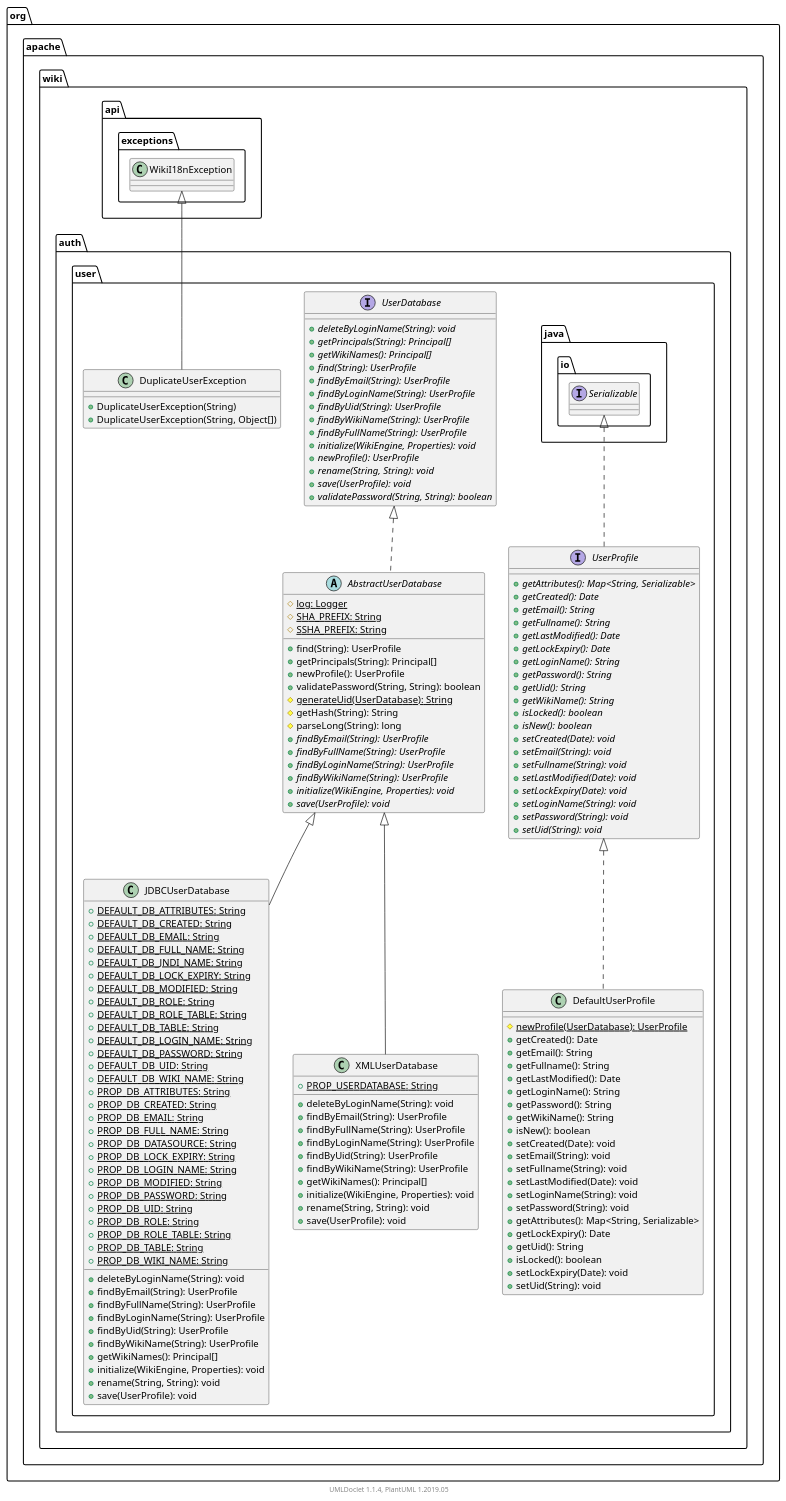
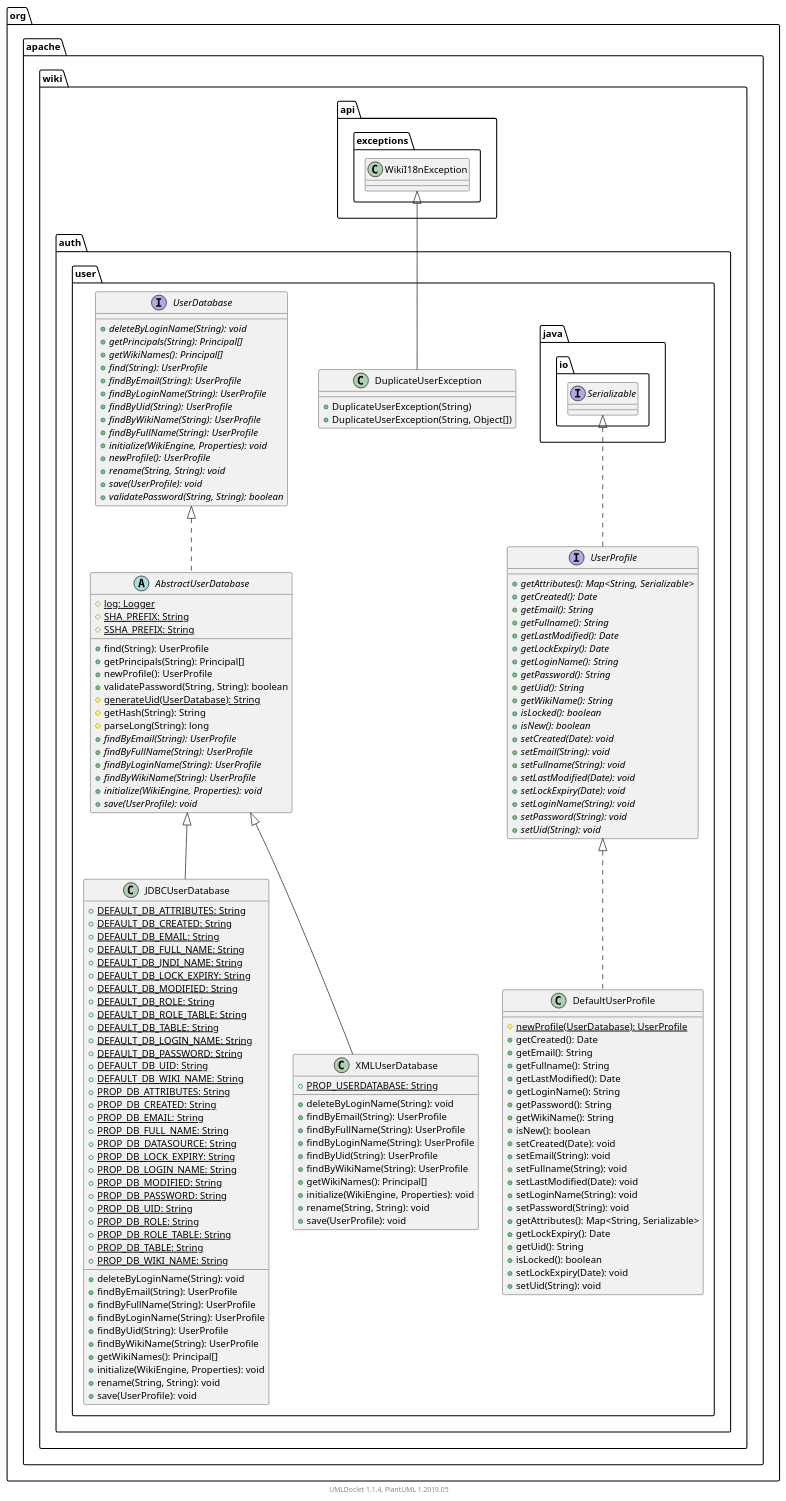
Before and after one commit to apache/jspwiki-site: the diagram in apidocs/2.11.0.M7-SNAPSHOT/org/apache/wiki/auth/user/package.puml, drawn with PlantUML. The commit also changed other lines of this file and 1626 other files, not shown here.

```diff
--- a/apidocs/2.11.0.M7-SNAPSHOT/org/apache/wiki/auth/user/package.puml
+++ b/apidocs/2.11.0.M7-SNAPSHOT/org/apache/wiki/auth/user/package.puml
@@ -1,166 +1,166 @@
 @startuml
 
     namespace org.apache.wiki.auth.user {
 
-        interface UserProfile [[UserProfile.html]] {
-            {abstract} +getAttributes(): Map<String, Serializable>
-            {abstract} +getCreated(): Date
-            {abstract} +getEmail(): String
-            {abstract} +getFullname(): String
-            {abstract} +getLastModified(): Date
-            {abstract} +getLockExpiry(): Date
-            {abstract} +getLoginName(): String
-            {abstract} +getPassword(): String
-            {abstract} +getUid(): String
-            {abstract} +getWikiName(): String
-            {abstract} +isLocked(): boolean
-            {abstract} +isNew(): boolean
-            {abstract} +setCreated(Date): void
-            {abstract} +setEmail(String): void
-            {abstract} +setFullname(String): void
-            {abstract} +setLastModified(Date): void
-            {abstract} +setLockExpiry(Date): void
-            {abstract} +setLoginName(String): void
-            {abstract} +setPassword(String): void
-            {abstract} +setUid(String): void
-        }
-
-        interface UserDatabase [[UserDatabase.html]] {
-            {abstract} +deleteByLoginName(String): void
-            {abstract} +getPrincipals(String): Principal[]
-            {abstract} +getWikiNames(): Principal[]
-            {abstract} +find(String): UserProfile
+        abstract class AbstractUserDatabase [[AbstractUserDatabase.html]] {
+            {static} #log: Logger
+            {static} #SHA_PREFIX: String
+            {static} #SSHA_PREFIX: String
+            +find(String): UserProfile
+            +getPrincipals(String): Principal[]
+            +newProfile(): UserProfile
+            +validatePassword(String, String): boolean
+            {static} #generateUid(UserDatabase): String
+            #getHash(String): String
+            #parseLong(String): long
             {abstract} +findByEmail(String): UserProfile
+            {abstract} +findByFullName(String): UserProfile
             {abstract} +findByLoginName(String): UserProfile
-            {abstract} +findByUid(String): UserProfile
             {abstract} +findByWikiName(String): UserProfile
-            {abstract} +findByFullName(String): UserProfile
             {abstract} +initialize(WikiEngine, Properties): void
-            {abstract} +newProfile(): UserProfile
-            {abstract} +rename(String, String): void
             {abstract} +save(UserProfile): void
-            {abstract} +validatePassword(String, String): boolean
         }
 
         class DefaultUserProfile [[DefaultUserProfile.html]] {
             {static} #newProfile(UserDatabase): UserProfile
             +getCreated(): Date
             +getEmail(): String
             +getFullname(): String
             +getLastModified(): Date
             +getLoginName(): String
             +getPassword(): String
             +getWikiName(): String
             +isNew(): boolean
             +setCreated(Date): void
             +setEmail(String): void
             +setFullname(String): void
             +setLastModified(Date): void
             +setLoginName(String): void
             +setPassword(String): void
             +getAttributes(): Map<String, Serializable>
             +getLockExpiry(): Date
             +getUid(): String
             +isLocked(): boolean
             +setLockExpiry(Date): void
             +setUid(String): void
         }
 
-        abstract class AbstractUserDatabase [[AbstractUserDatabase.html]] {
-            {static} #log: Logger
-            {static} #SHA_PREFIX: String
-            {static} #SSHA_PREFIX: String
-            +find(String): UserProfile
-            +getPrincipals(String): Principal[]
-            +newProfile(): UserProfile
-            +validatePassword(String, String): boolean
-            {static} #generateUid(UserDatabase): String
-            #getHash(String): String
-            #parseLong(String): long
-            {abstract} +findByEmail(String): UserProfile
-            {abstract} +findByFullName(String): UserProfile
-            {abstract} +findByLoginName(String): UserProfile
-            {abstract} +findByWikiName(String): UserProfile
-            {abstract} +initialize(WikiEngine, Properties): void
-            {abstract} +save(UserProfile): void
+        class DuplicateUserException [[DuplicateUserException.html]] {
+            +DuplicateUserException(String)
+            +DuplicateUserException(String, Object[])
         }
 
         class JDBCUserDatabase [[JDBCUserDatabase.html]] {
             {static} +DEFAULT_DB_ATTRIBUTES: String
             {static} +DEFAULT_DB_CREATED: String
             {static} +DEFAULT_DB_EMAIL: String
             {static} +DEFAULT_DB_FULL_NAME: String
             {static} +DEFAULT_DB_JNDI_NAME: String
             {static} +DEFAULT_DB_LOCK_EXPIRY: String
             {static} +DEFAULT_DB_MODIFIED: String
             {static} +DEFAULT_DB_ROLE: String
             {static} +DEFAULT_DB_ROLE_TABLE: String
             {static} +DEFAULT_DB_TABLE: String
             {static} +DEFAULT_DB_LOGIN_NAME: String
             {static} +DEFAULT_DB_PASSWORD: String
             {static} +DEFAULT_DB_UID: String
             {static} +DEFAULT_DB_WIKI_NAME: String
             {static} +PROP_DB_ATTRIBUTES: String
             {static} +PROP_DB_CREATED: String
             {static} +PROP_DB_EMAIL: String
             {static} +PROP_DB_FULL_NAME: String
             {static} +PROP_DB_DATASOURCE: String
             {static} +PROP_DB_LOCK_EXPIRY: String
             {static} +PROP_DB_LOGIN_NAME: String
             {static} +PROP_DB_MODIFIED: String
             {static} +PROP_DB_PASSWORD: String
             {static} +PROP_DB_UID: String
             {static} +PROP_DB_ROLE: String
             {static} +PROP_DB_ROLE_TABLE: String
             {static} +PROP_DB_TABLE: String
             {static} +PROP_DB_WIKI_NAME: String
             +deleteByLoginName(String): void
             +findByEmail(String): UserProfile
             +findByFullName(String): UserProfile
             +findByLoginName(String): UserProfile
             +findByUid(String): UserProfile
             +findByWikiName(String): UserProfile
             +getWikiNames(): Principal[]
             +initialize(WikiEngine, Properties): void
             +rename(String, String): void
             +save(UserProfile): void
         }
 
-        class DuplicateUserException [[DuplicateUserException.html]] {
-            +DuplicateUserException(String)
-            +DuplicateUserException(String, Object[])
-        }
-
         class XMLUserDatabase [[XMLUserDatabase.html]] {
             {static} +PROP_USERDATABASE: String
             +deleteByLoginName(String): void
             +findByEmail(String): UserProfile
             +findByFullName(String): UserProfile
             +findByLoginName(String): UserProfile
             +findByUid(String): UserProfile
             +findByWikiName(String): UserProfile
             +getWikiNames(): Principal[]
             +initialize(WikiEngine, Properties): void
             +rename(String, String): void
             +save(UserProfile): void
         }
 
-        interface java.io.Serializable
-        java.io.Serializable <|.. UserProfile
+        interface UserDatabase [[UserDatabase.html]] {
+            {abstract} +deleteByLoginName(String): void
+            {abstract} +getPrincipals(String): Principal[]
+            {abstract} +getWikiNames(): Principal[]
+            {abstract} +find(String): UserProfile
+            {abstract} +findByEmail(String): UserProfile
+            {abstract} +findByLoginName(String): UserProfile
+            {abstract} +findByUid(String): UserProfile
+            {abstract} +findByWikiName(String): UserProfile
+            {abstract} +findByFullName(String): UserProfile
+            {abstract} +initialize(WikiEngine, Properties): void
+            {abstract} +newProfile(): UserProfile
+            {abstract} +rename(String, String): void
+            {abstract} +save(UserProfile): void
+            {abstract} +validatePassword(String, String): boolean
+        }
 
-        UserProfile <|.. DefaultUserProfile
+        interface UserProfile [[UserProfile.html]] {
+            {abstract} +getAttributes(): Map<String, Serializable>
+            {abstract} +getCreated(): Date
+            {abstract} +getEmail(): String
+            {abstract} +getFullname(): String
+            {abstract} +getLastModified(): Date
+            {abstract} +getLockExpiry(): Date
+            {abstract} +getLoginName(): String
+            {abstract} +getPassword(): String
+            {abstract} +getUid(): String
+            {abstract} +getWikiName(): String
+            {abstract} +isLocked(): boolean
+            {abstract} +isNew(): boolean
+            {abstract} +setCreated(Date): void
+            {abstract} +setEmail(String): void
+            {abstract} +setFullname(String): void
+            {abstract} +setLastModified(Date): void
+            {abstract} +setLockExpiry(Date): void
+            {abstract} +setLoginName(String): void
+            {abstract} +setPassword(String): void
+            {abstract} +setUid(String): void
+        }
 
         UserDatabase <|.. AbstractUserDatabase
 
-        AbstractUserDatabase <|-- JDBCUserDatabase
+        UserProfile <|.. DefaultUserProfile
 
         class org.apache.wiki.api.exceptions.WikiI18nException
         org.apache.wiki.api.exceptions.WikiI18nException <|-- DuplicateUserException
 
+        AbstractUserDatabase <|-- JDBCUserDatabase
+
         AbstractUserDatabase <|-- XMLUserDatabase
+
+        interface java.io.Serializable
+        java.io.Serializable <|.. UserProfile
 
     }
 
 
     center footer UMLDoclet 1.1.4, PlantUML 1.2019.05
 @enduml
```
